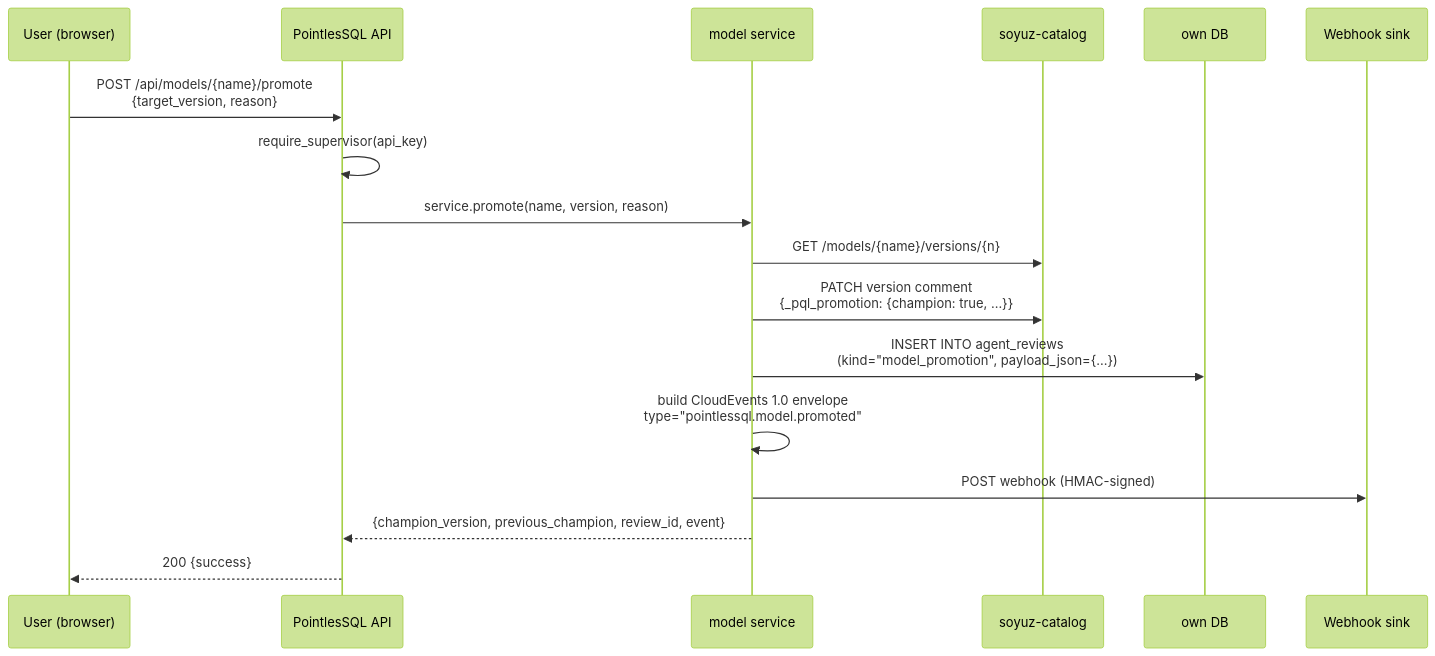
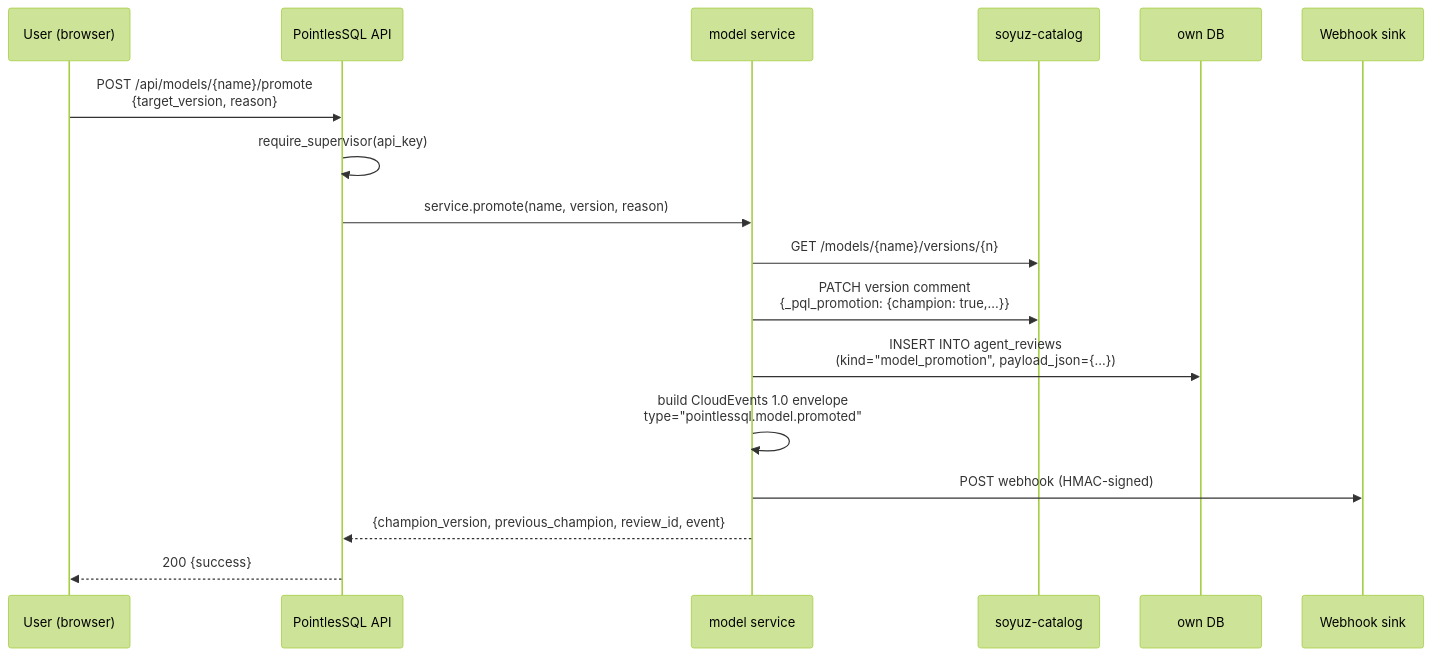
Before and after one commit to FloHofstetter/PointlesSQL: the third of 3 diagrams in docs/concepts/architecture.md, drawn with Mermaid (forest theme). The commit also changed other lines of this file and 76 other files, not shown here.

````diff
--- a/docs/concepts/architecture.md
+++ b/docs/concepts/architecture.md
@@ -166,20 +166,20 @@
 ```mermaid
 sequenceDiagram
-    participant U as User (browser)
-    participant API as PointlesSQL API
-    participant SVC as model service
-    participant SC as soyuz-catalog
-    participant DB as own DB
-    participant W as Webhook sink
+ participant U as User (browser)
+ participant API as PointlesSQL API
+ participant SVC as model service
+ participant SC as soyuz-catalog
+ participant DB as own DB
+ participant W as Webhook sink
 
-    U->>API: POST /api/models/{name}/promote<br/>{target_version, reason}
-    API->>API: require_supervisor(api_key)
-    API->>SVC: service.promote(name, version, reason)
-    SVC->>SC: GET /models/{name}/versions/{n}
-    SVC->>SC: PATCH version comment<br/>{_pql_promotion: {champion: true, ...}}
-    SVC->>DB: INSERT INTO agent_reviews<br/>(kind="model_promotion", payload_json={...})
-    SVC->>SVC: build CloudEvents 1.0 envelope<br/>type="pointlessql.model.promoted"
-    SVC->>W: POST webhook (HMAC-signed)
-    SVC-->>API: {champion_version, previous_champion, review_id, event}
-    API-->>U: 200 {success}
+ U->>API: POST /api/models/{name}/promote<br/>{target_version, reason}
+ API->>API: require_supervisor(api_key)
+ API->>SVC: service.promote(name, version, reason)
+ SVC->>SC: GET /models/{name}/versions/{n}
+ SVC->>SC: PATCH version comment<br/>{_pql_promotion: {champion: true,...}}
+ SVC->>DB: INSERT INTO agent_reviews<br/>(kind="model_promotion", payload_json={...})
+ SVC->>SVC: build CloudEvents 1.0 envelope<br/>type="pointlessql.model.promoted"
+ SVC->>W: POST webhook (HMAC-signed)
+ SVC-->>API: {champion_version, previous_champion, review_id, event}
+ API-->>U: 200 {success}
 ```
````
